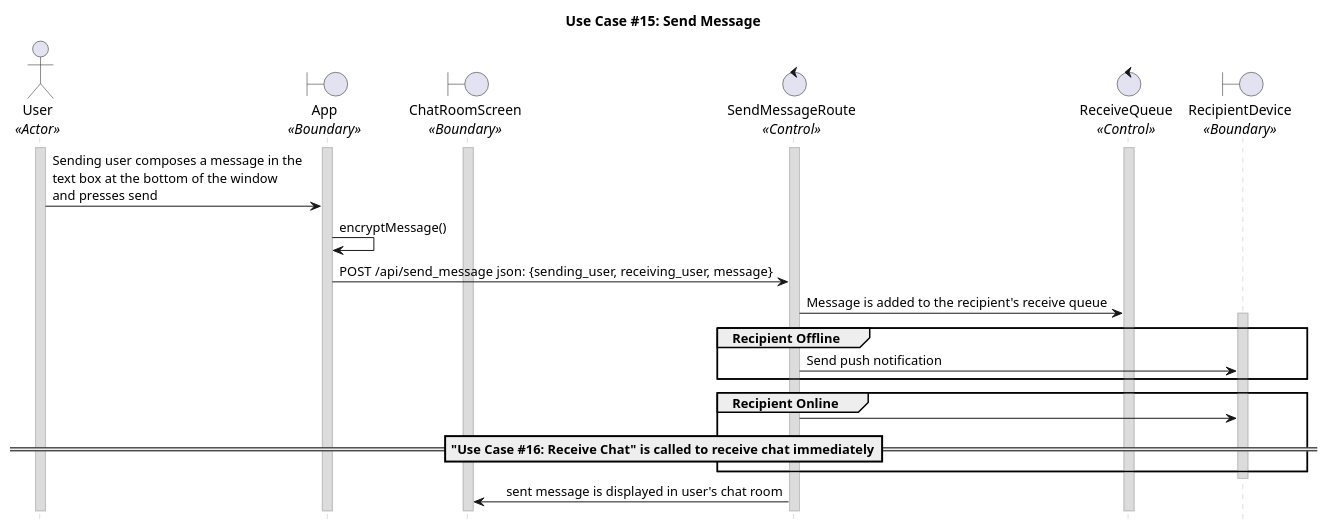
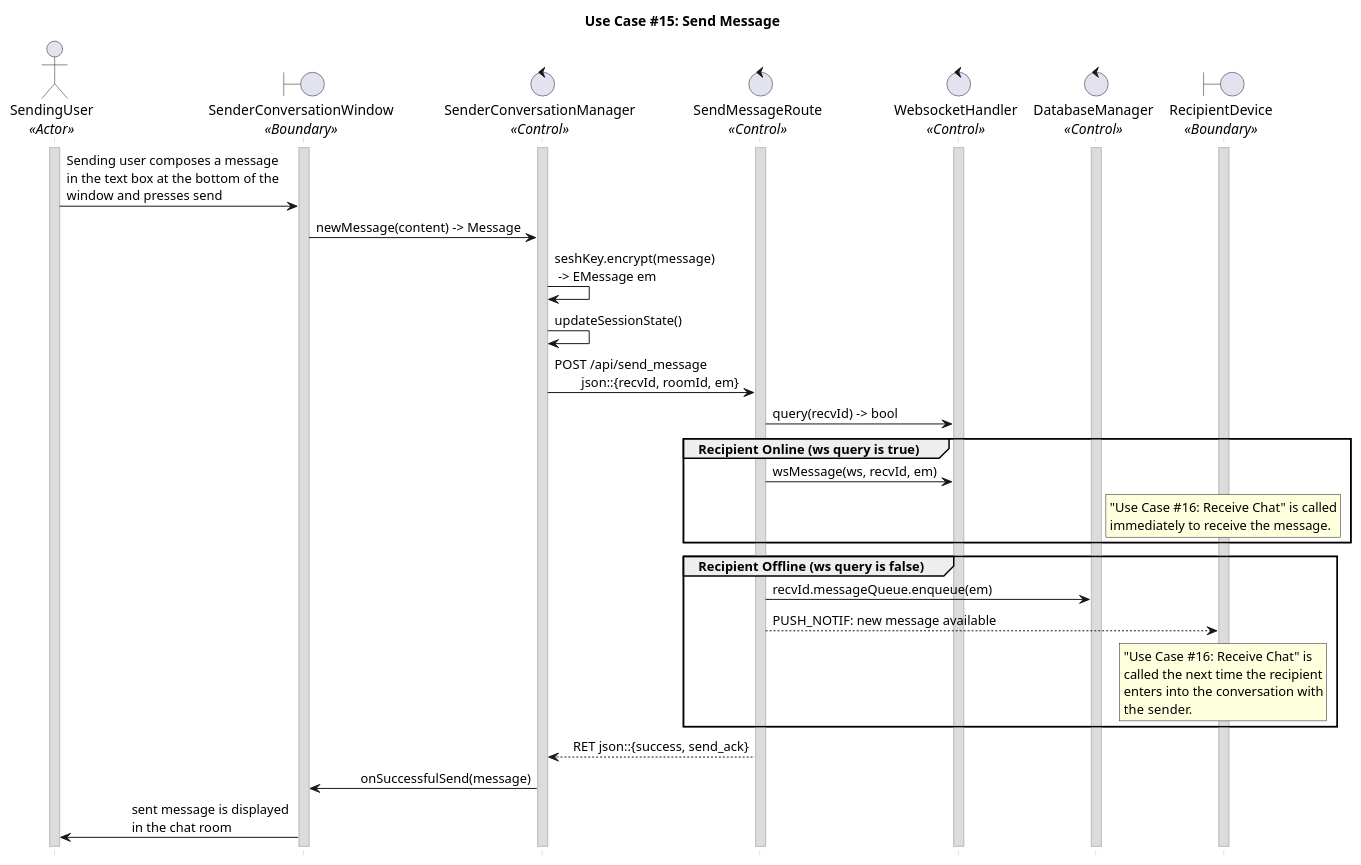
The diagram in uc_15.puml (CECS-491-SP24-Group-1/seq-diagrams), drawn with PlantUML before and after one commit.

Commit message:
Finish uc15

```diff
--- a/uc_15.puml
+++ b/uc_15.puml
@@ -1,53 +1,74 @@
 @startuml uc15
 title "Use Case #15: Send Message"
 
 'Styling goes here
 hide footbox
 skinparam stereotypePosition bottom
 skinparam sequenceMessageAlign direction
 skinparam sequence {
 	LifeLineBorderColor #Silver
 	LifeLineBackgroundColor #Gainsboro
 }
+
 'Setup the objects involved here
-actor User as u <<Actor>>
-boundary App as a <<Boundary>>
-boundary ChatRoomScreen as crs <<Boundary>>
+actor SendingUser as u <<Actor>>
+boundary SenderConversationWindow as scw <<Boundary>>
+control SenderConversationManager as scm <<Control>>
 control SendMessageRoute as smr <<Control>>
-control ReceiveQueue as rq <<Control>>
+control WebsocketHandler as ws <<Control>>
+control DatabaseManager as db <<Control>>
 boundary RecipientDevice as rd <<Boundary>>
 
 'Setup persistent objects here
 activate u
-activate a
-activate crs
+activate scw
+activate scm
 activate smr
-activate rq
+activate ws
+activate db
+activate rd
 
 '--- FLOW OF CONTROL STARTS HERE ---
-u -> a: Sending user composes a message in the \ntext box at the bottom of the window \nand presses send
+'The sending user composes a message.
+u -> scw: Sending user composes a message \nin the text box at the bottom of the \nwindow and presses send
+scw -> scm: newMessage(content) -> Message
 
-'Send the message
-a -> a: encryptMessage()
-a -> smr: POST /api/send_message json: {sending_user, receiving_user, message}
+'The sending user’s device encrypts the message and updates the ratchet state before sending the message.
+scm -> scm: seshKey.encrypt(message)\n -> EMessage em
+scm -> scm: updateSessionState()
+scm -> smr: POST /api/send_message \n\tjson::{recvId, roomId, em}
 
-'add message to recipient's receive queue
-smr -> rq: Message is added to the recipient's receive queue
+'Check if the user is online first.
+smr -> ws: query(recvId) -> bool
 
-group Recipient Offline
-  activate rd
-  smr -> rd: Send push notification
-  
+'Case 1: The recipient is online
+group Recipient Online (ws query is true)
+	'If the receiving user is online, they call Use Case 16: Receive Chat to receive the chat immediately.
+	smr -> ws: wsMessage(ws, recvId, em)
+	rnote over rd
+	"Use Case #16: Receive Chat" is called
+	immediately to receive the message.
+	end note
 end
 
-'TODO: This one looks a bit messy. Not sure how to center the use case 16 into the group
-group Recipient Online
-  smr -> rd: 
-  =="Use Case #16: Receive Chat" is called to receive chat immediately==
+'Case 2: The recipient is offline
+group Recipient Offline (ws query is false)
+	'If the receiving user is offline, a notification is sent to them and their device pulls down the message the next time they enter the chat room.
+	'The server enqueues the message into the receiver's receive queue.
+	smr -> db: recvId.messageQueue.enqueue(em)
+	smr --> rd: PUSH_NOTIF: new message available
+	rnote over rd
+	"Use Case #16: Receive Chat" is 
+	called the next time the recipient
+	enters into the conversation with
+	the sender.
+	end note
 end
-deactivate rd
 
-smr -> crs: sent message is displayed in user's chat room
+'Cleanup
+smr --> scm: RET json::{success, send_ack}
+scm -> scw: onSuccessfulSend(message)
+scw -> u: sent message is displayed \nin the chat room
 
 '--- FLOW OF CONTROL ENDS HERE   ---
 @enduml
```
